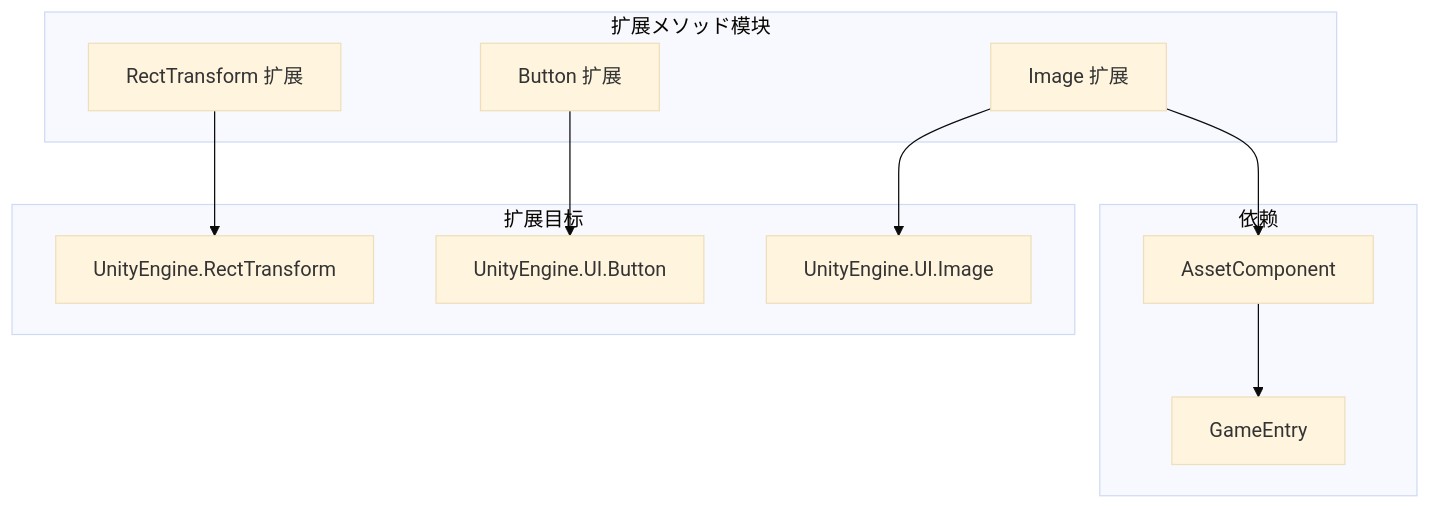
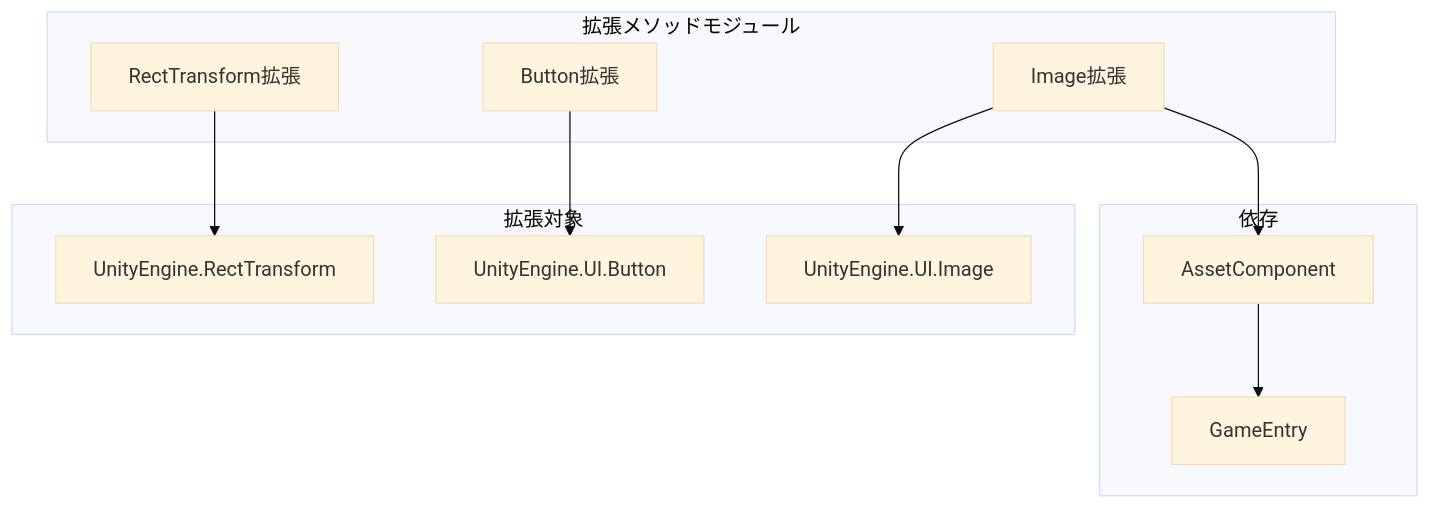
One commit to AlianBlank/GameFrameX.Docs changed the diagram in docs/ja/client/unity/component/ui-ugui/12.extensions.md. Above: the diagram before and after it, drawn with Mermaid (base theme). The commit also changed other lines of this file and 320 other files, not shown here.

````diff
--- a/docs/ja/client/unity/component/ui-ugui/12.extensions.md
+++ b/docs/ja/client/unity/component/ui-ugui/12.extensions.md
@@ -15,26 +15,26 @@
 ```mermaid
 graph TD
-    subgraph Extensions["扩展メソッド模块"]
-        RectTransformExt[RectTransform 扩展]
-        ButtonExt[Button 扩展]
-        ImageExt[Image 扩展]
+    subgraph Extensions["拡張メソッドモジュール"]
+        RectTransformExt[RectTransform拡張]
+        ButtonExt[Button拡張]
+        ImageExt[Image拡張]
     end
-    
-    subgraph Targets["扩展目标"]
+
+    subgraph Targets["拡張対象"]
         RT[UnityEngine.RectTransform]
         Button[UnityEngine.UI.Button]
         Image[UnityEngine.UI.Image]
     end
-    
+
     RectTransformExt --> RT
     ButtonExt --> Button
     ImageExt --> Image
-    
-    subgraph Dependencies["依赖"]
+
+    subgraph Dependencies["依存"]
         Asset[AssetComponent]
         GameEntry[GameEntry]
     end
-    
+
     ImageExt --> Asset
     Asset --> GameEntry
 ```
````
